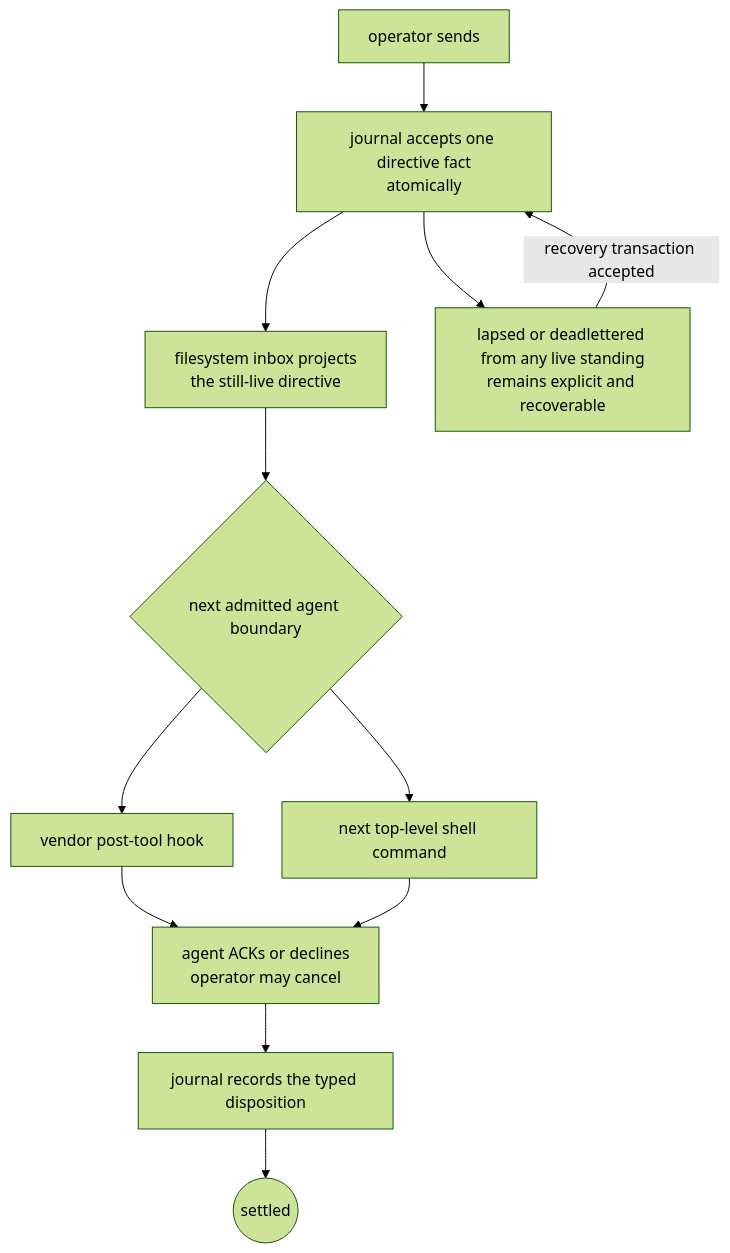
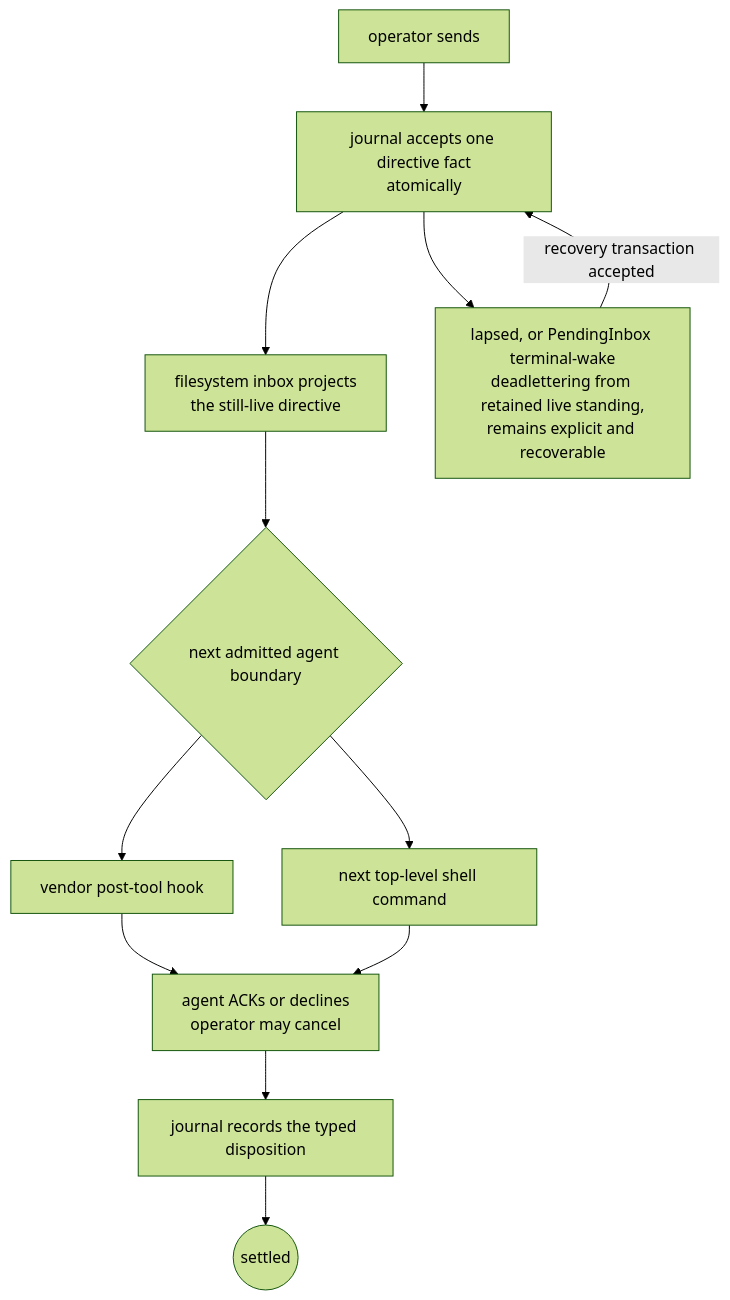
Before and after one commit to infimalabs/spice-rust: the second of 25 diagrams in docs/product/value.md, drawn with Mermaid (forest theme). The commit also changed other lines of this file and 120 other files, not shown here.

````diff
--- a/docs/product/value.md
+++ b/docs/product/value.md
@@ -41,14 +41,14 @@
 ```mermaid
 flowchart TD
   O["operator sends"] --> J["journal accepts one directive fact<br/>atomically"]
   J --> F["filesystem inbox projects<br/>the still-live directive"]
   F --> B{"next admitted agent boundary"}
   B --> V["vendor post-tool hook"]
   B --> S["next top-level shell command"]
   V --> K["agent ACKs or declines<br/>operator may cancel"]
   S --> K
   K --> T["journal records the typed disposition"]
   T --> E(("settled"))
-  J --> D["lapsed or deadlettered from any live standing<br/>remains explicit and recoverable"]
+  J --> D["lapsed, or PendingInbox terminal-wake<br/>deadlettering from retained live standing,<br/>remains explicit and recoverable"]
   D -->|"recovery transaction accepted"| J
 ```
````
